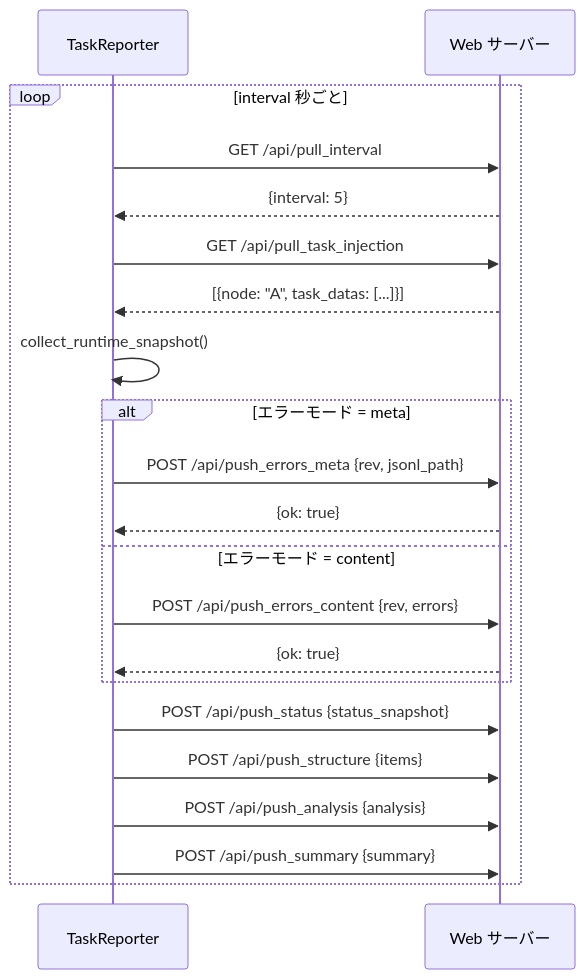
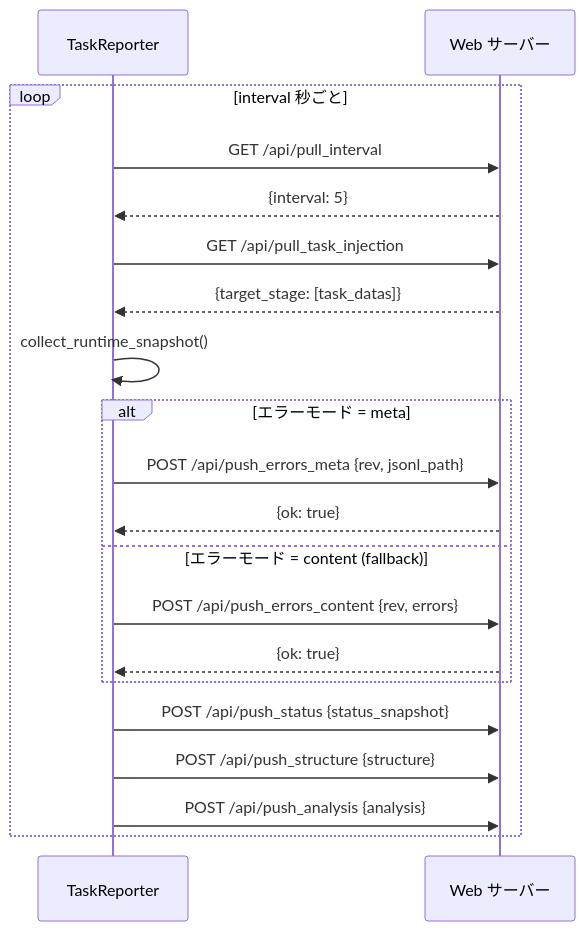
Before and after one commit to Mr-xiaotian/CelestialFlow: the diagram in docs/ja/src/observability/core_report.md, drawn with Mermaid. The commit also changed other lines of this file and 278 other files, not shown here.

````diff
--- a/docs/ja/src/observability/core_report.md
+++ b/docs/ja/src/observability/core_report.md
@@ -48,28 +60,27 @@
 ```mermaid
 sequenceDiagram
     participant R as TaskReporter
     participant S as Web サーバー
 
     loop interval 秒ごと
         R->>S: GET /api/pull_interval
         S-->>R: {interval: 5}
 
         R->>S: GET /api/pull_task_injection
-        S-->>R: [{node: "A", task_datas: [...]}]
+        S-->>R: {target_stage: [task_datas]}
 
         R->>R: collect_runtime_snapshot()
 
         alt エラーモード = meta
             R->>S: POST /api/push_errors_meta {rev, jsonl_path}
             S-->>R: {ok: true}
-        else エラーモード = content
+        else エラーモード = content (fallback)
             R->>S: POST /api/push_errors_content {rev, errors}
             S-->>R: {ok: true}
         end
 
         R->>S: POST /api/push_status {status_snapshot}
-        R->>S: POST /api/push_structure {items}
+        R->>S: POST /api/push_structure {structure}
         R->>S: POST /api/push_analysis {analysis}
-        R->>S: POST /api/push_summary {summary}
     end
 ```
````
